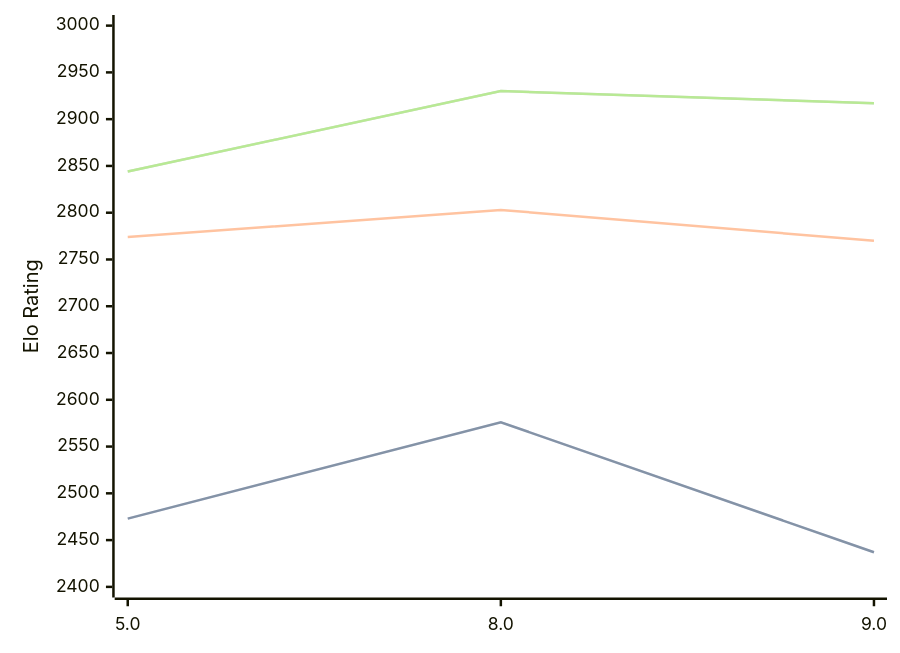
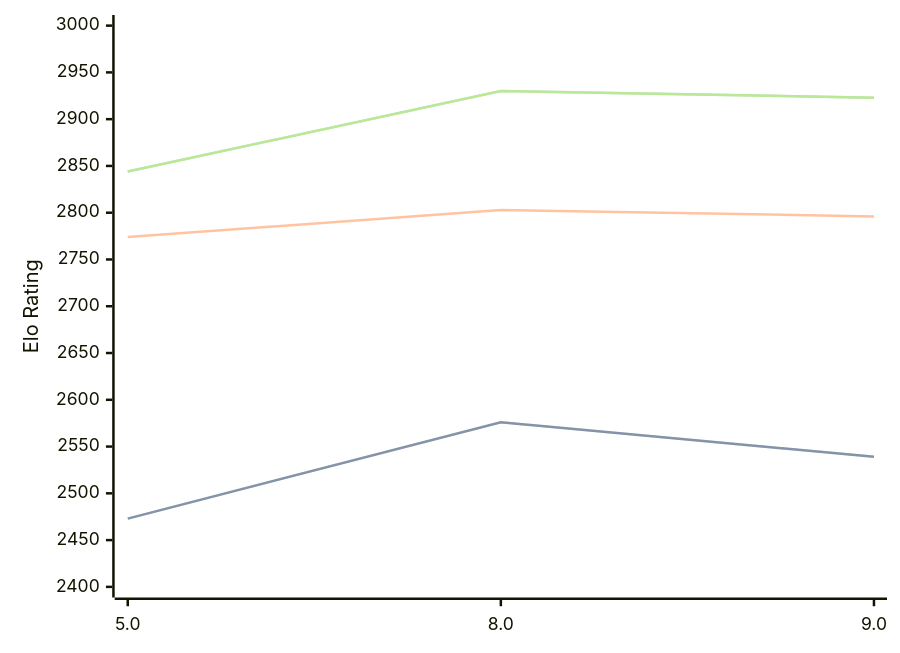
One commit to computer-chess-index/cci changed the diagram in engines/4kc.md. Above: the diagram before and after it, drawn with Mermaid. The commit also changed other lines of this file, not shown here.

Commit message:
Update CCI Ratings (ELO VLTC) - 2026-06-09

````diff
--- a/engines/4kc.md
+++ b/engines/4kc.md
@@ -42,11 +42,11 @@
 ```mermaid
 %%{init: {"theme":"base","themeVariables":{"seriesColors:['#a3a3a3','#222221','#faa371']}}}%%
 xychart-beta
   x-axis ["5.0", "8.0", "9.0"]
   y-axis "Elo Rating" 2400 --> 3000
-  line "STC (8.0+0.08s)" [2473, 2576, 2437]
-  line "STC (8.0+0.08s)" [2473, 2576, 2437]
-  line "LTC (60.0+0.60s)" [2774, 2803, 2770]
-  line "VLTC (2m24s+1.12s)" [2844, 2930, 2917]
-  line "VLTC (2m24s+1.12s)" [2844, 2930, 2917]
+  line "STC (8.0+0.08s)" [2473, 2576, 2539]
+  line "STC (8.0+0.08s)" [2473, 2576, 2539]
+  line "LTC (60.0+0.60s)" [2774, 2803, 2796]
+  line "VLTC (2m24s+1.12s)" [2844, 2930, 2923]
+  line "VLTC (2m24s+1.12s)" [2844, 2930, 2923]
 ```
````
